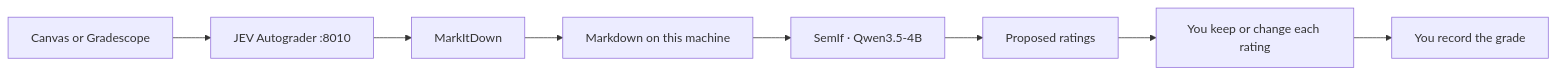
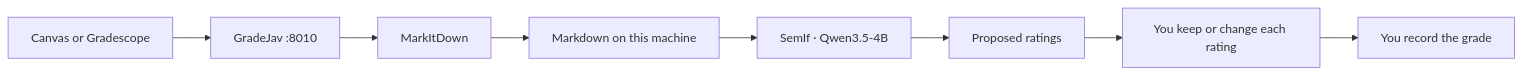
The diagram in README.md (Marc0Guo/JEV-Autograder), drawn with Mermaid before and after one commit. The commit also changed other lines of this file and 1 other file, not shown here.

Commit message:
Show the GradeJav pitch on the GitHub README.

````diff
--- a/README.md
+++ b/README.md
@@ -40,10 +42,10 @@
 ```mermaid
 flowchart LR
-  LMS["Canvas or Gradescope"] --> APP["JEV Autograder :8010"]
+  LMS["Canvas or Gradescope"] --> APP["GradeJav :8010"]
   APP --> MD["MarkItDown"]
   MD --> TEXT["Markdown on this machine"]
   TEXT --> SEMIF["SemIf · Qwen3.5-4B"]
   SEMIF --> PROPOSE["Proposed ratings"]
   PROPOSE --> HUMAN["You keep or change each rating"]
   HUMAN --> OUT["You record the grade"]
 ```
````
